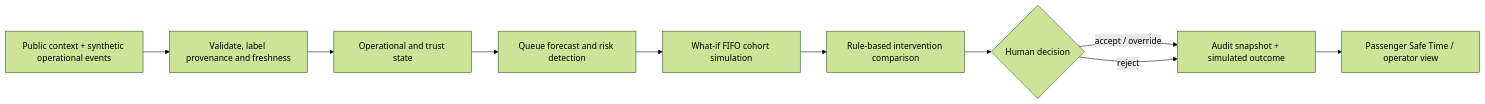
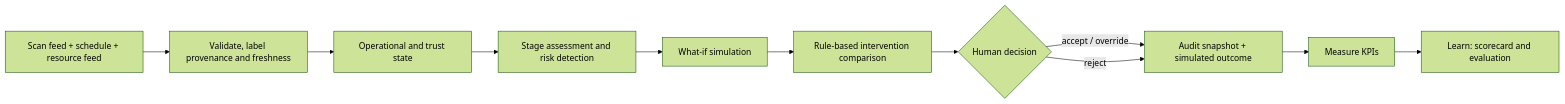
The third of 7 diagrams in README.md (Dxrksvng/OneTrustX), drawn with Mermaid (forest theme) before and after one commit. The commit also changed other lines of this file and 63 other files, not shown here.

Commit message:
docs: rewrite README with tech stack and flow diagrams, add ADRs, pitch and reports

````diff
--- a/README.md
+++ b/README.md
@@ -41,12 +137,13 @@
 ```mermaid
 flowchart LR
-    Sources[Public context + synthetic operational events] --> Validate[Validate, label provenance and freshness]
-    Validate --> State[Operational and trust state]
-    State --> Predict[Queue forecast and risk detection]
-    Predict --> Simulate[What-if FIFO cohort simulation]
-    Simulate --> Rank[Rule-based intervention comparison]
-    Rank --> Human{Human decision}
-    Human -->|accept / override| Audit[Audit snapshot + simulated outcome]
-    Human -->|reject| Audit
-    Audit --> Guidance[Passenger Safe Time / operator view]
+    S[Scan feed + schedule + resource feed] --> V[Validate, label provenance and freshness]
+    V --> St[Operational and trust state]
+    St --> P[Stage assessment and risk detection]
+    P --> Sim[What-if simulation]
+    Sim --> R[Rule-based intervention comparison]
+    R --> H{Human decision}
+    H -- accept / override --> A[Audit snapshot + simulated outcome]
+    H -- reject --> A
+    A --> M[Measure KPIs]
+    M --> L[Learn: scorecard and evaluation]
 ```
````
